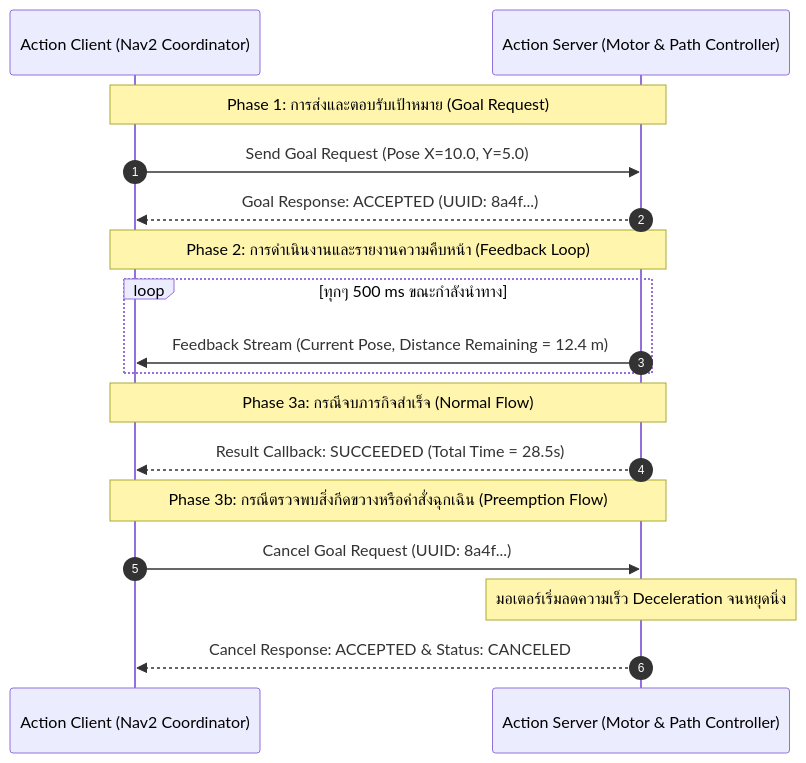
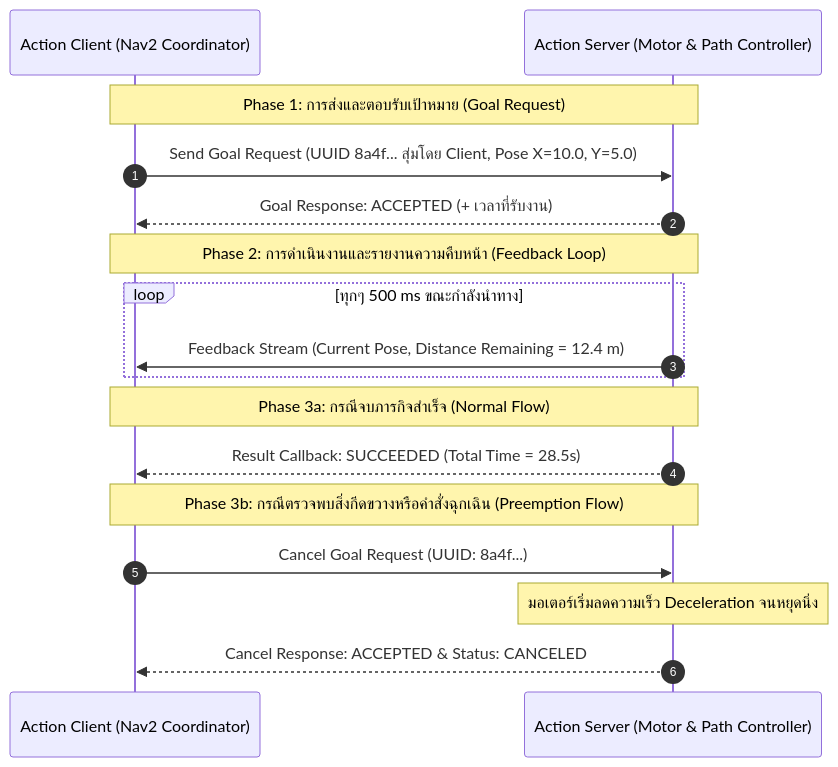
The first of 3 diagrams in Essential_ROS/Week_04_Actions_Preemption/Readme.md (alfaXphoori/ros2), drawn with Mermaid before and after one commit. The commit also changed other lines of this file and 425 other files, not shown here.

````diff
--- a/Essential_ROS/Week_04_Actions_Preemption/Readme.md
+++ b/Essential_ROS/Week_04_Actions_Preemption/Readme.md
@@ -47,23 +47,23 @@
 ```mermaid
 sequenceDiagram
     autonumber
     participant Client as Action Client (Nav2 Coordinator)
     participant Server as Action Server (Motor & Path Controller)
 
     Note over Client,Server: Phase 1: การส่งและตอบรับเป้าหมาย (Goal Request)
-    Client->>Server: Send Goal Request (Pose X=10.0, Y=5.0)
-    Server-->>Client: Goal Response: ACCEPTED (UUID: 8a4f...)
+    Client->>Server: Send Goal Request (UUID 8a4f... สุ่มโดย Client, Pose X=10.0, Y=5.0)
+    Server-->>Client: Goal Response: ACCEPTED (+ เวลาที่รับงาน)
 
     Note over Client,Server: Phase 2: การดำเนินงานและรายงานความคืบหน้า (Feedback Loop)
     loop ทุกๆ 500 ms ขณะกำลังนำทาง
         Server->>Client: Feedback Stream (Current Pose, Distance Remaining = 12.4 m)
     end
 
     Note over Client,Server: Phase 3a: กรณีจบภารกิจสำเร็จ (Normal Flow)
     Server-->>Client: Result Callback: SUCCEEDED (Total Time = 28.5s)
 
     Note over Client,Server: Phase 3b: กรณีตรวจพบสิ่งกีดขวางหรือคำสั่งฉุกเฉิน (Preemption Flow)
     Client->>Server: Cancel Goal Request (UUID: 8a4f...)
     Note over Server: มอเตอร์เริ่มลดความเร็ว Deceleration จนหยุดนิ่ง
     Server-->>Client: Cancel Response: ACCEPTED & Status: CANCELED
 ```
````
